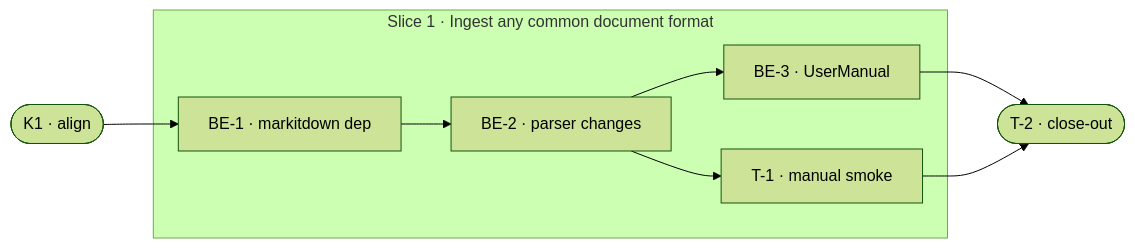
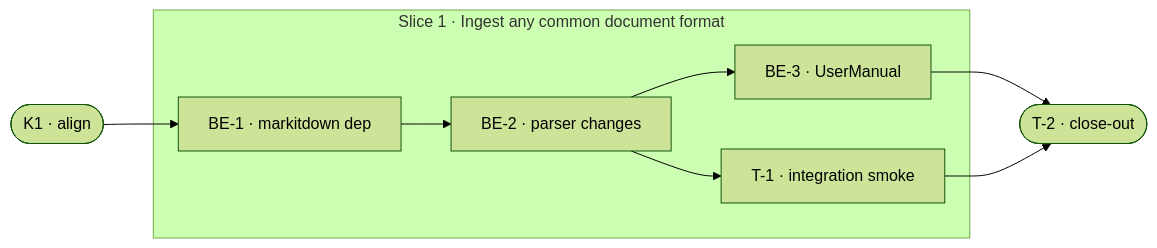
One commit to user538295/archon-search changed the second of 2 diagrams in Documentation/Backlog/e0a-file-type-completeness-team-plan.md. Above: the diagram before and after it, drawn with Mermaid (forest theme). The commit also changed other lines of this file and 2 other files, not shown here.

First line of the commit message:
test(e0a): add Office/TSV integration smoke tests; mark T-1 complete

````diff
--- a/Documentation/Backlog/e0a-file-type-completeness-team-plan.md
+++ b/Documentation/Backlog/e0a-file-type-completeness-team-plan.md
@@ -235,17 +235,17 @@
 ```mermaid
 flowchart LR
   K1([K1 · align])
   subgraph P1["Slice 1 · Ingest any common document format"]
     BE1[BE-1 · markitdown dep]
     BE2[BE-2 · parser changes]
     BE3[BE-3 · UserManual]
-    T1[T-1 · manual smoke]
+    T1[T-1 · integration smoke]
   end
   T2([T-2 · close-out])
   K1 --> BE1
   BE1 --> BE2
   BE2 --> BE3
   BE2 --> T1
   BE3 --> T2
   T1 --> T2
 ```
````
